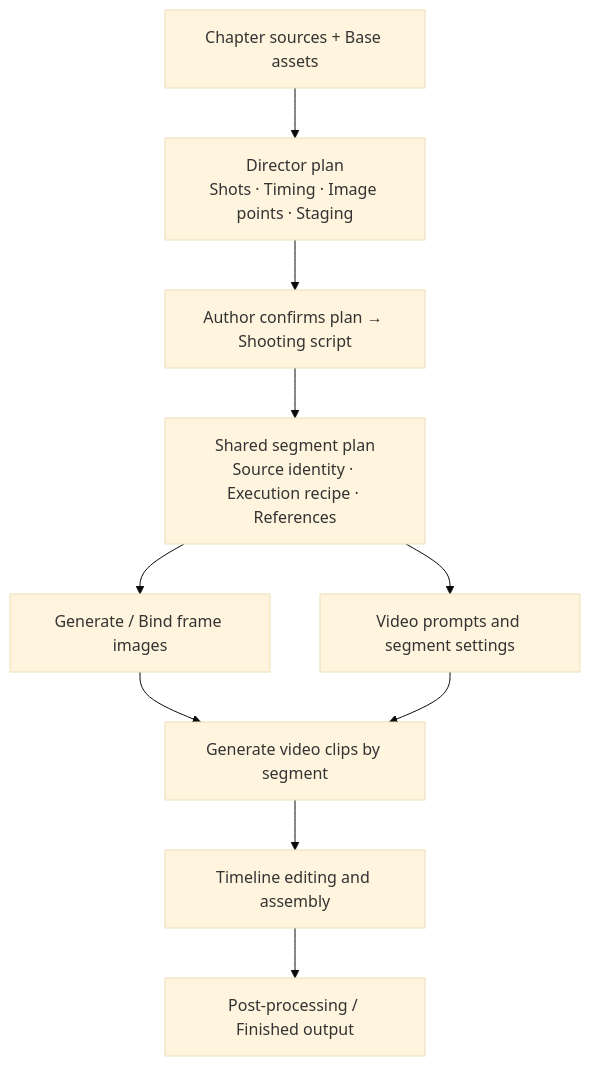
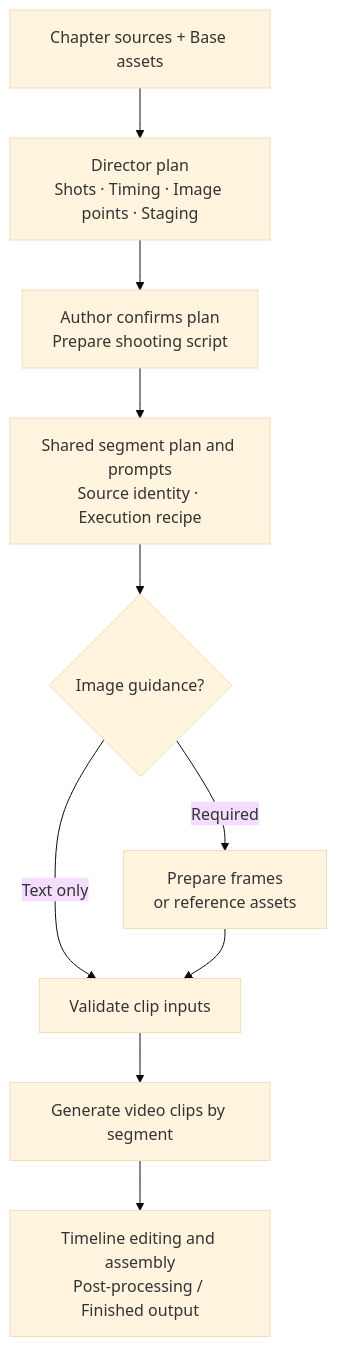
Before and after one commit to GTJasonMK/A4N: the eighth of 18 diagrams in README.en.md, drawn with Mermaid (base theme). The commit also changed other lines of this file and 2 other files, not shown here.

First line of the commit message:
docs: fix README diagram flows and mobile readability

````diff
--- a/README.en.md
+++ b/README.en.md
@@ -140,14 +147,14 @@
 ```mermaid
 flowchart TB
   accTitle: Chapter video from directing to finished output
-  accDescr: The author confirms the director plan. A shooting script feeds a shared segment plan used by both frame images and video clips, followed by timeline assembly and post-processing.
+  accDescr: The author confirms the director plan and prepares a shooting script. A shared segment plan defines prompts and execution recipes. Image-guided recipes prepare the required frames or references; text-only recipes do not require frames. Both validate inputs before generating clips, editing and export.
   source["Chapter sources + Base assets"] --> director["Director plan<br/>Shots · Timing · Image points · Staging"]
-  director --> confirm["Author confirms plan → Shooting script"]
-  confirm --> segments["Shared segment plan<br/>Source identity · Execution recipe · References"]
-  segments --> frames["Generate / Bind frame images"]
-  segments --> prompts["Video prompts and segment settings"]
-  frames --> clips["Generate video clips by segment"]
-  prompts --> clips
-  clips --> assembly["Timeline editing and assembly"]
-  assembly --> post["Post-processing / Finished output"]
+  director --> confirm["Author confirms plan<br/>Prepare shooting script"]
+  confirm --> segments["Shared segment plan and prompts<br/>Source identity · Execution recipe"]
+  segments --> inputs{"Image guidance?"}
+  inputs -->|Required| frames["Prepare frames<br/>or reference assets"]
+  inputs -->|Text only| validate["Validate clip inputs"]
+  frames --> validate
+  validate --> clips["Generate video clips by segment"]
+  clips --> assembly["Timeline editing and assembly<br/>Post-processing / Finished output"]
 ```
````
